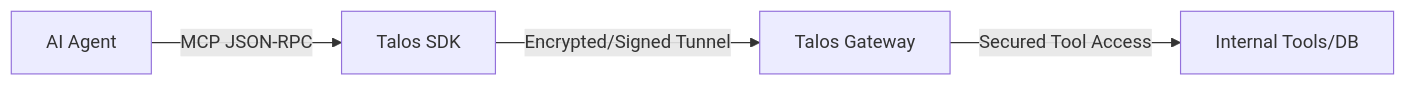
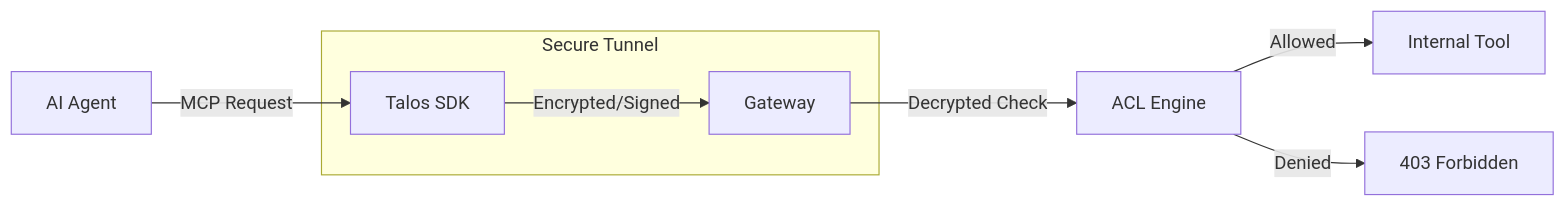
One commit to talosprotocol/talos-docs changed the fourth of 5 diagrams in research/whitepaper.md. Above: the diagram before and after it, drawn with Mermaid. The commit also changed other lines of this file, not shown here.

Commit message:
docs(whitepaper): add architecture diagrams for Contracts, TGA, Double Ratchet, MCP, and Multi-Region

````diff
--- a/research/whitepaper.md
+++ b/research/whitepaper.md
@@ -105,6 +149,12 @@
 ```mermaid
 graph LR
-    A["AI Agent"] -->|MCP JSON-RPC| S["Talos SDK"]
-    S -->|"Encrypted/Signed Tunnel"| G["Talos Gateway"]
-    G -->|"Secured Tool Access"| T["Internal Tools/DB"]
+    Agent[AI Agent] -->|MCP Request| T_SDK[Talos SDK]
+    
+    subgraph "Secure Tunnel"
+        T_SDK -->|Encrypted/Signed| Gateway
+    end
+    
+    Gateway -->|Decrypted Check| ACL[ACL Engine]
+    ACL -->|Allowed| Tool[Internal Tool]
+    ACL -->|Denied| Reject[403 Forbidden]
 ```
````
